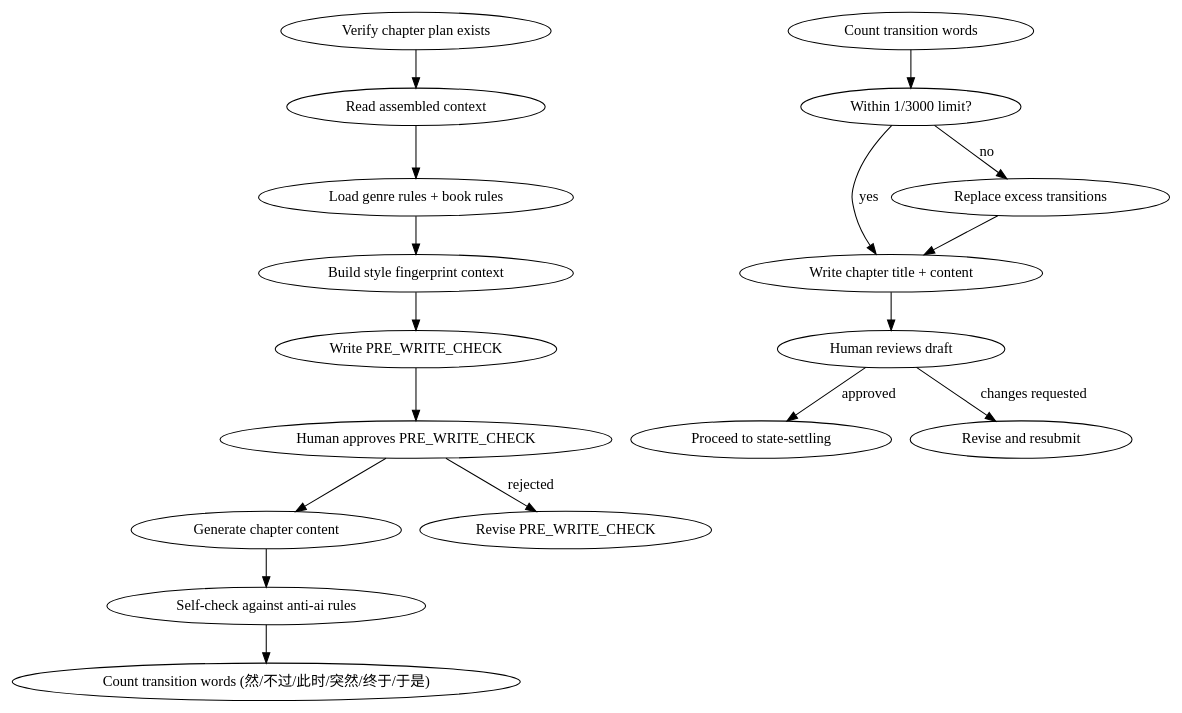
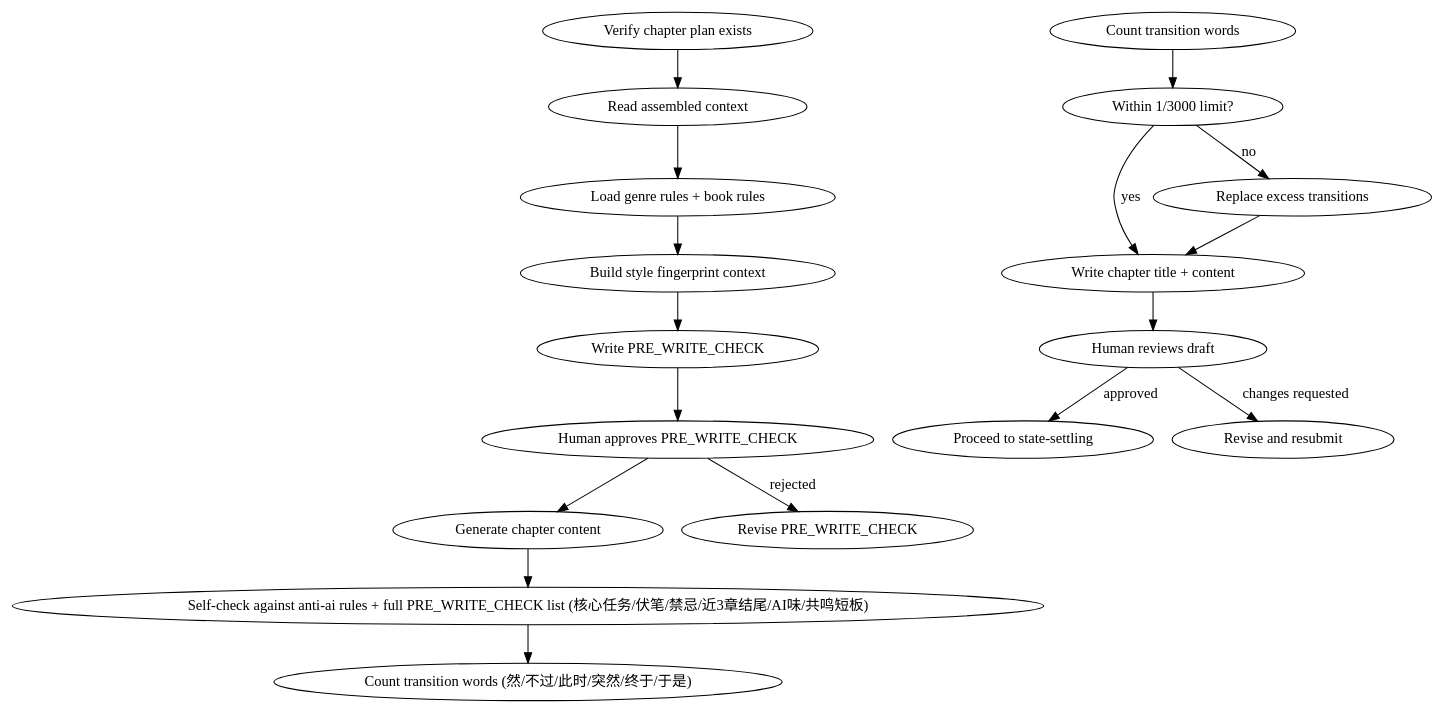
The diagram in skills/shenbi-chapter-drafting/SKILL.md (ThomasChangX/shenbi), drawn with Graphviz before and after one commit. The commit also changed 72 other files, not shown here.

````diff
--- a/skills/shenbi-chapter-drafting/SKILL.md
+++ b/skills/shenbi-chapter-drafting/SKILL.md
@@ -58,20 +58,20 @@
 ```dot
 digraph chapter_drafting {
     "Verify chapter plan exists" -> "Read assembled context";
     "Read assembled context" -> "Load genre rules + book rules";
     "Load genre rules + book rules" -> "Build style fingerprint context";
     "Build style fingerprint context" -> "Write PRE_WRITE_CHECK";
     "Write PRE_WRITE_CHECK" -> "Human approves PRE_WRITE_CHECK";
     "Human approves PRE_WRITE_CHECK" -> "Generate chapter content";
     "Human approves PRE_WRITE_CHECK" -> "Revise PRE_WRITE_CHECK" [label="rejected"];
-    "Generate chapter content" -> "Self-check against anti-ai rules";
-    "Self-check against anti-ai rules" -> "Count transition words (然/不过/此时/突然/终于/于是)";
+    "Generate chapter content" -> "Self-check against anti-ai rules + full PRE_WRITE_CHECK list (核心任务/伏笔/禁忌/近3章结尾/AI味/共鸣短板)";
+    "Self-check against anti-ai rules + full PRE_WRITE_CHECK list (核心任务/伏笔/禁忌/近3章结尾/AI味/共鸣短板)" -> "Count transition words (然/不过/此时/突然/终于/于是)";
     "Count transition words" -> "Within 1/3000 limit?";
     "Within 1/3000 limit?" -> "Write chapter title + content" [label="yes"];
     "Within 1/3000 limit?" -> "Replace excess transitions" [label="no"];
     "Replace excess transitions" -> "Write chapter title + content";
     "Write chapter title + content" -> "Human reviews draft";
     "Human reviews draft" -> "Proceed to state-settling" [label="approved"];
     "Human reviews draft" -> "Revise and resubmit" [label="changes requested"];
 }
 ```
````
